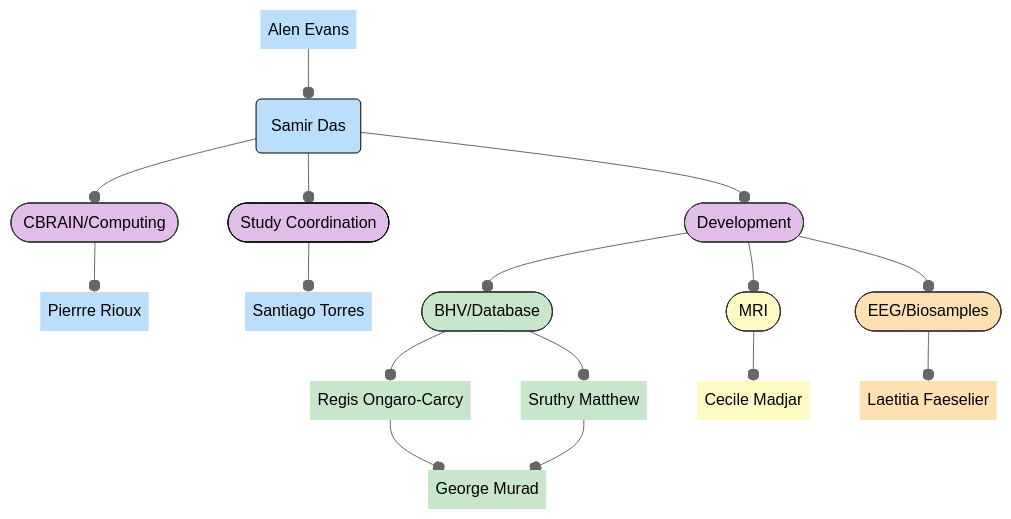
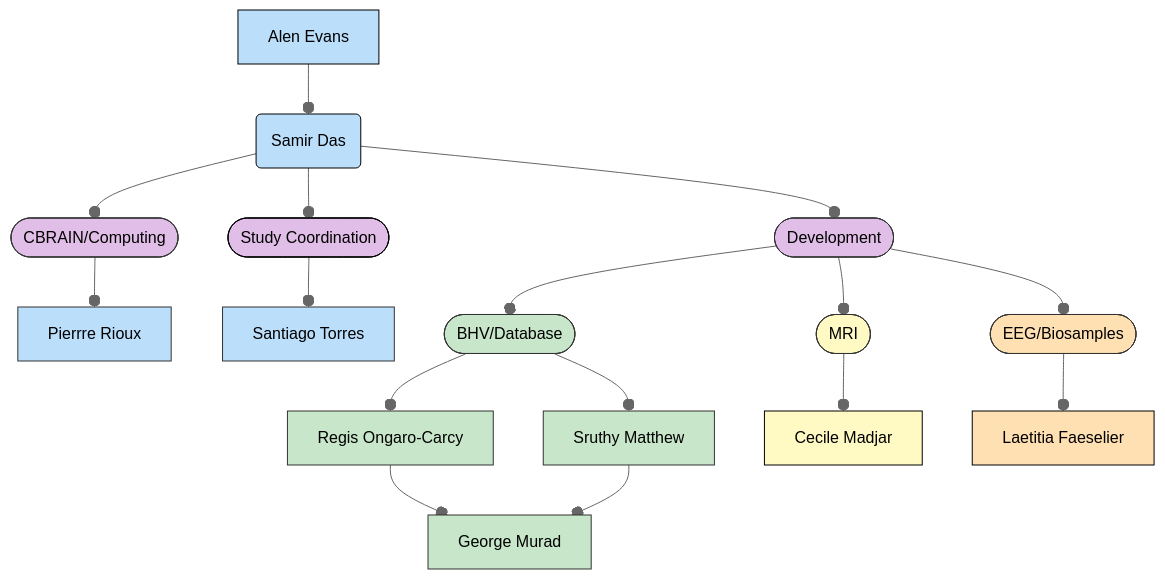
The second of 2 diagrams in docs/orgcharts.md (DCAN-Labs/hbcd-docs-internal), drawn with Mermaid (neutral theme) before and after one commit.

Commit message:
fix syntax error with mermaid

````diff
--- a/docs/orgcharts.md
+++ b/docs/orgcharts.md
@@ -11,37 +11,29 @@
 ```mermaid
 flowchart TB
 A["Alen Evans"] --o nl("Samir Das")
 nl --o n9(["Study Coordination"]) & C(["CBRAIN/Computing"]) & B(["Development"])
 C --o D["Pierrre Rioux"]
 n9 --o E["Santiago Torres"]
 B --o F(["BHV/Database"]) & H(["EEG/Biosamples"]) & G(["MRI"])
 F --o I["Regis Ongaro-Carcy"] & J["Sruthy Matthew"]
 I --o K["George Murad"]
 J --o K
 G --o L["Cecile Madjar"]
 H --o M["Laetitia Faeselier"]
 
-A@{ shape: text}
-D@{ shape: text}
-E@{ shape: text}
-I@{ shape: text}
-J@{ shape: text}
-K@{ shape: text}
-L@{ shape: text}
-M@{ shape: text}
 style A stroke:#000000,fill:#BBDEFB
 style nl stroke:#000000,fill:#BBDEFB
 style n9 stroke:#000000,fill:#E1BEE7,stroke-width:1px,stroke-dasharray: 0
 style C stroke:#333,fill:#E1BEE7
 style B stroke:#333,fill:#E1BEE7
 style D stroke:#333,fill:#BBDEFB
 style E stroke:#333,fill:#BBDEFB
 style F stroke:#333,fill:#C8E6C9
 style H stroke:#333,fill:#FFE0B2
 style G stroke:#333,fill:#FFF9C4
 style I stroke:#333,fill:#C8E6C9
 style J stroke:#333,fill:#C8E6C9
 style K stroke:#333,fill:#C8E6C9
 style L stroke:#000000,fill:#FFF9C4
 style M fill:#FFE0B2,stroke:#000000
 ```
````
